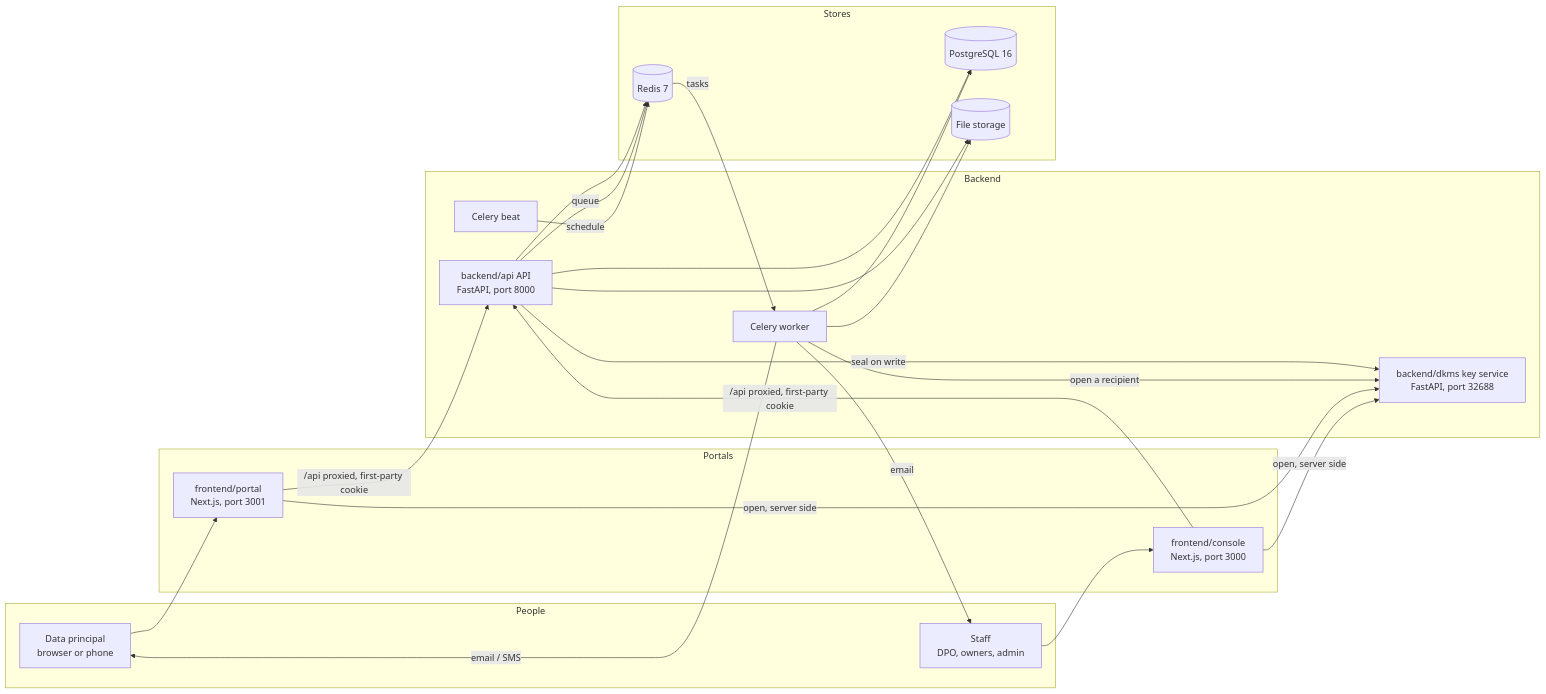
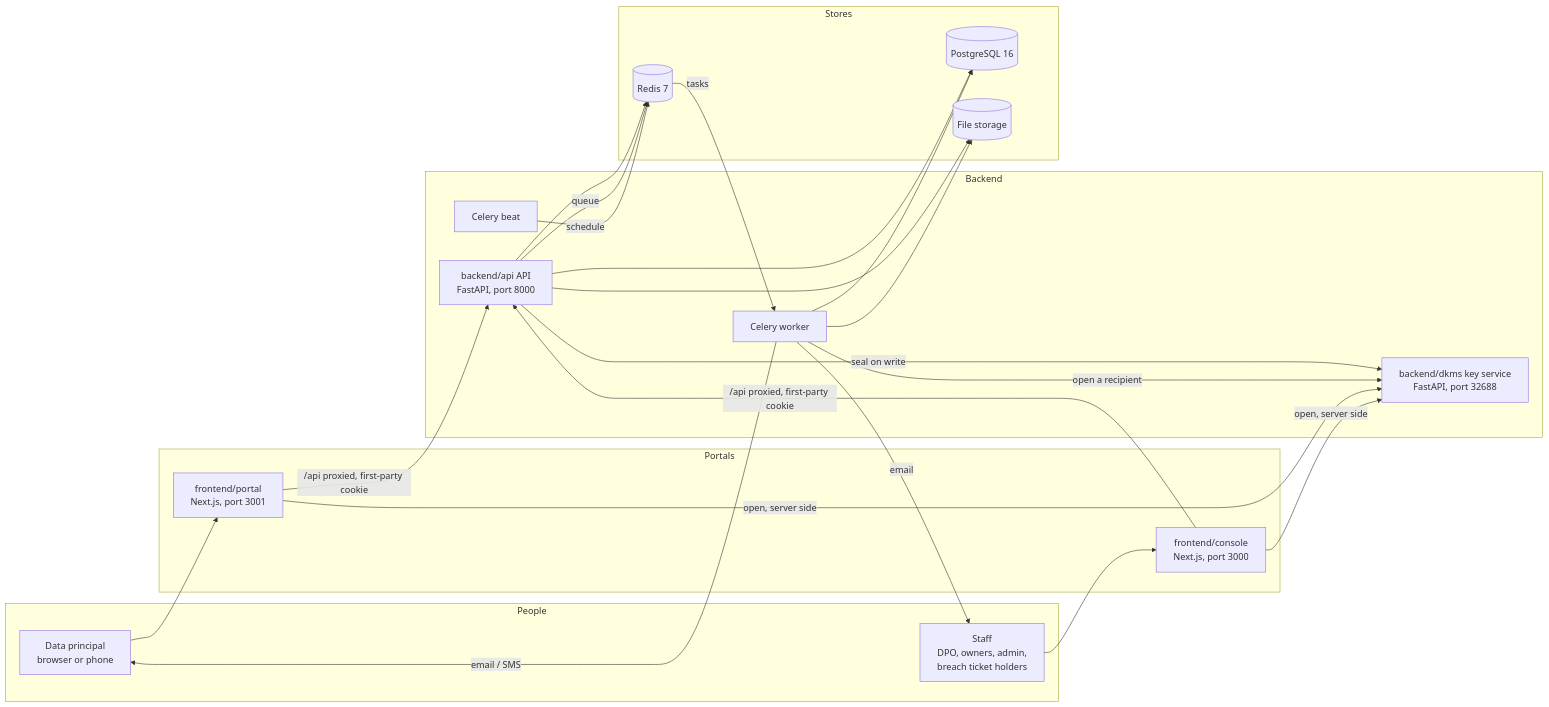
The diagram in docs/architecture/system-overview.md (pranaldongare/COMPASS_CMP), drawn with Mermaid before and after one commit. The commit also changed other lines of this file and 20 other files, not shown here.

````diff
--- a/docs/architecture/system-overview.md
+++ b/docs/architecture/system-overview.md
@@ -13,40 +14,40 @@
 ```mermaid
 flowchart LR
   subgraph People
     S[Data principal<br/>browser or phone]
-    T[Staff<br/>DPO, owners, admin]
+    T[Staff<br/>DPO, owners, admin,<br/>breach ticket holders]
   end
   subgraph Portals
     P[frontend/portal<br/>Next.js, port 3001]
     C[frontend/console<br/>Next.js, port 3000]
   end
   subgraph Backend
     A[backend/api API<br/>FastAPI, port 8000]
     W[Celery worker]
     B[Celery beat]
     K[backend/dkms key service<br/>FastAPI, port 32688]
   end
   subgraph Stores
     PG[(PostgreSQL 16)]
     R[(Redis 7)]
     F[(File storage)]
   end
   S --> P
   T --> C
   P -- "/api proxied, first-party cookie" --> A
   C -- "/api proxied, first-party cookie" --> A
   A --> PG
   A --> R
   A --> F
   A -- "seal on write" --> K
   W -- "open a recipient" --> K
   P -- "open, server side" --> K
   C -- "open, server side" --> K
   A -- "queue" --> R
   R -- "tasks" --> W
   B -- "schedule" --> R
   W --> PG
   W --> F
   W -- "email / SMS" --> S
   W -- "email" --> T
 ```
````
